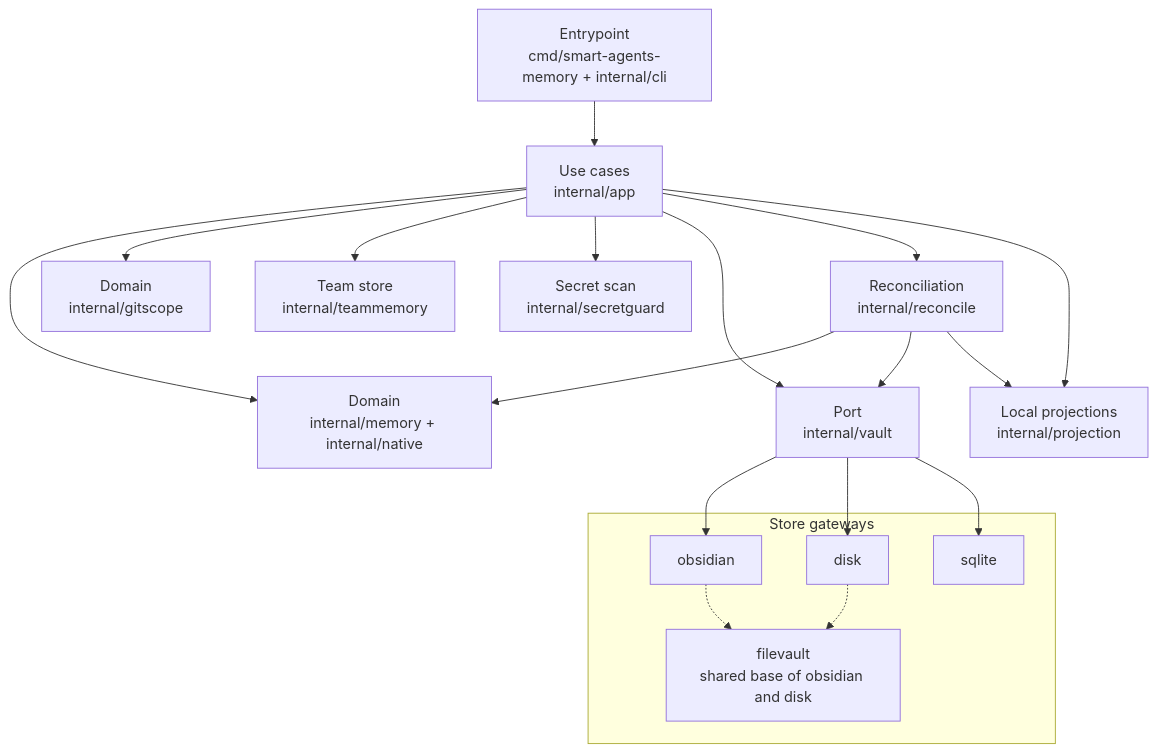
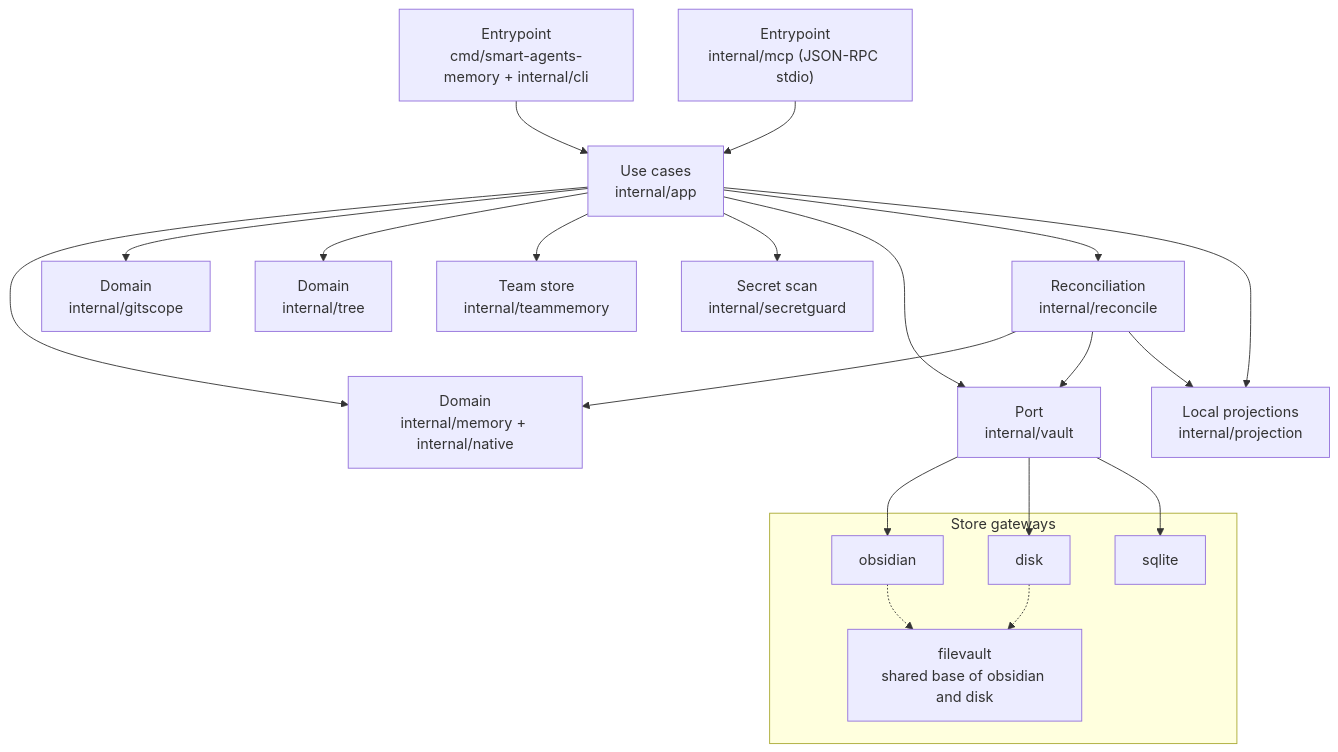
Before and after one commit to lindoelio/smart-agents-memory: the diagram in ARCHITECTURE.md, drawn with Mermaid. The commit also changed other lines of this file and 33 other files, not shown here.

````diff
--- a/ARCHITECTURE.md
+++ b/ARCHITECTURE.md
@@ -18,37 +18,41 @@
 ```mermaid
 flowchart TB
     CLI["Entrypoint<br/>cmd/smart-agents-memory + internal/cli"]
+    MCP["Entrypoint<br/>internal/mcp (JSON-RPC stdio)"]
     APP["Use cases<br/>internal/app"]
     DOM["Domain<br/>internal/memory + internal/native"]
     SCOPE["Domain<br/>internal/gitscope"]
+    TREE["Domain<br/>internal/tree"]
     TEAM["Team store<br/>internal/teammemory"]
     SG["Secret scan<br/>internal/secretguard"]
     PORT["Port<br/>internal/vault"]
     REC["Reconciliation<br/>internal/reconcile"]
     PROJ["Local projections<br/>internal/projection"]
 
     CLI --> APP
+    MCP --> APP
     APP --> DOM
     APP --> SCOPE
+    APP --> TREE
     APP --> TEAM
     APP --> SG
     APP --> PORT
     APP --> REC
     APP --> PROJ
     REC --> DOM
     REC --> PORT
     REC --> PROJ
 
     subgraph gateways["Store gateways"]
         OBS["obsidian"]
         DSK["disk"]
         SQL["sqlite"]
         FILE["filevault<br/>shared base of obsidian and disk"]
     end
 
     PORT --> OBS
     PORT --> DSK
     PORT --> SQL
     OBS -.-> FILE
     DSK -.-> FILE
 ```
````
